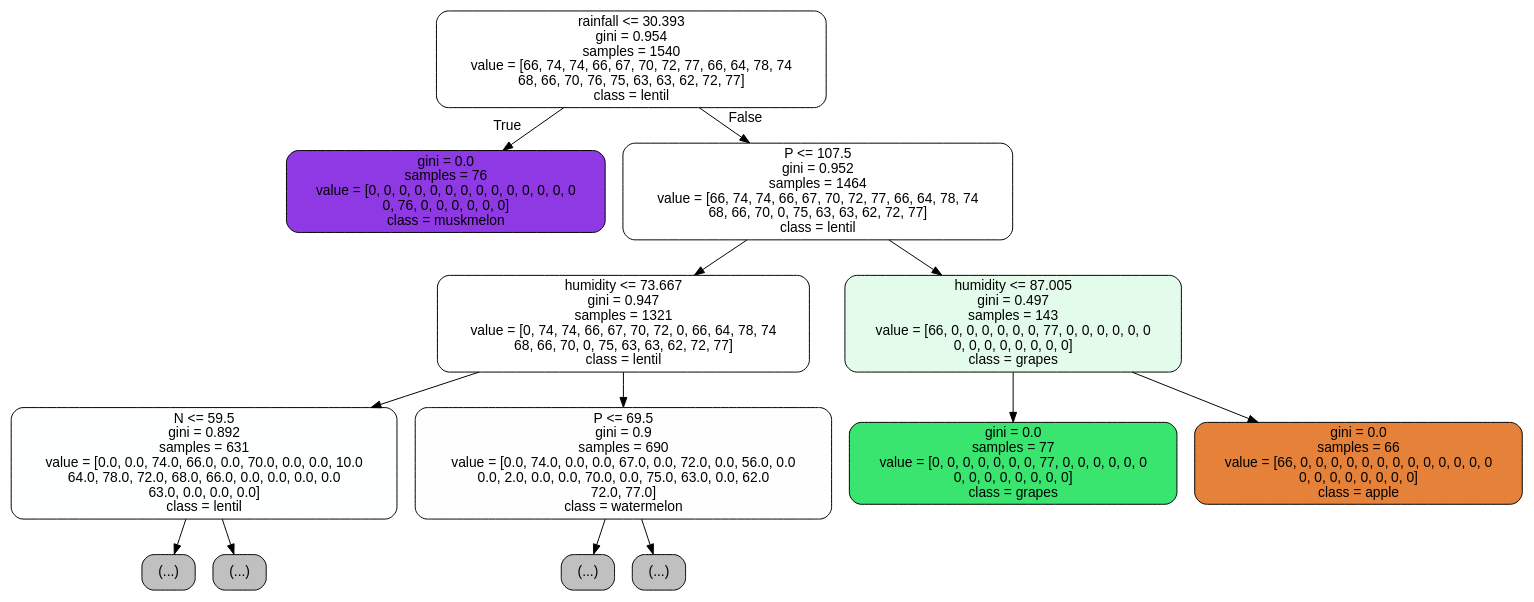
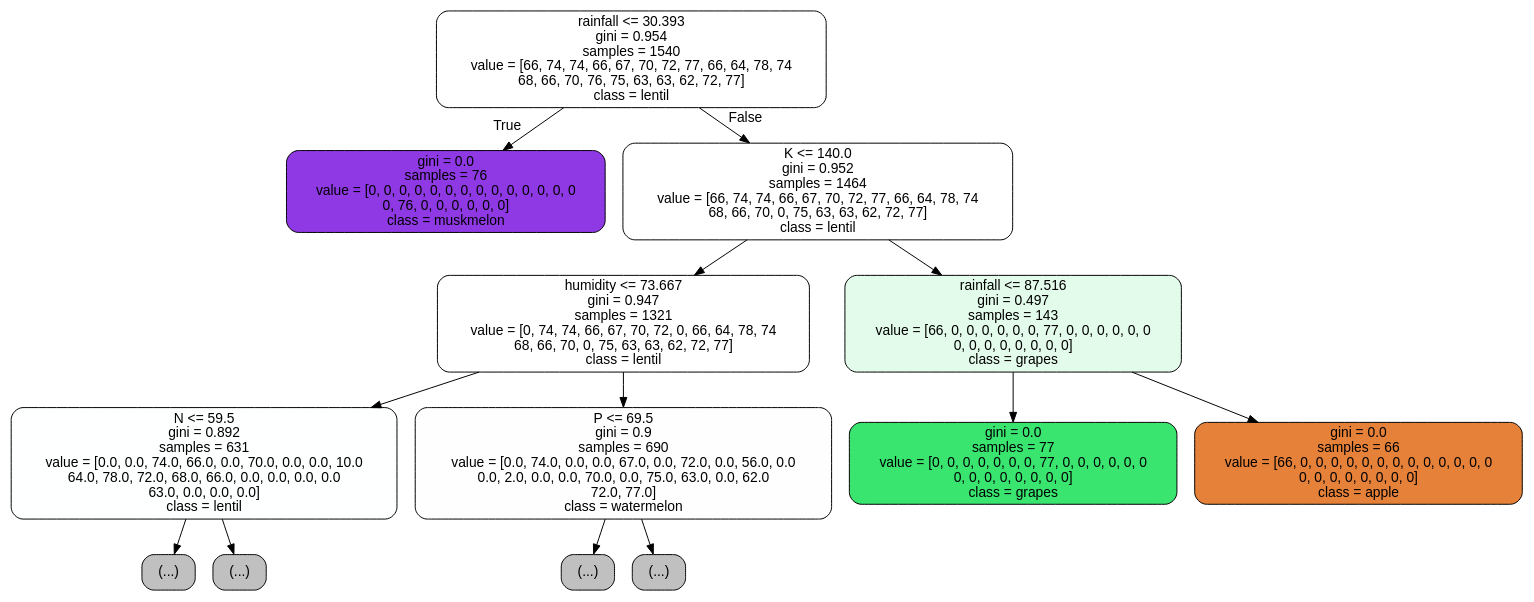
One commit to ashuthe1/Crop_Recommendation_System changed the diagram in precomputation/decision_tree.dot. Above: the diagram before and after it, drawn with Graphviz. The commit also changed 6 other files, not shown here.

```diff
--- a/precomputation/decision_tree.dot
+++ b/precomputation/decision_tree.dot
@@ -1,29 +1,29 @@
 digraph Tree {
 node [shape=box, style="filled, rounded", color="black", fontname="helvetica"] ;
 edge [fontname="helvetica"] ;
 0 [label="rainfall <= 30.393\ngini = 0.954\nsamples = 1540\nvalue = [66, 74, 74, 66, 67, 70, 72, 77, 66, 64, 78, 74\n68, 66, 70, 76, 75, 63, 63, 62, 72, 77]\nclass = lentil", fillcolor="#ffffff"] ;
 1 [label="gini = 0.0\nsamples = 76\nvalue = [0, 0, 0, 0, 0, 0, 0, 0, 0, 0, 0, 0, 0, 0\n0, 76, 0, 0, 0, 0, 0, 0]\nclass = muskmelon", fillcolor="#8f39e5"] ;
 0 -> 1 [labeldistance=2.5, labelangle=45, headlabel="True"] ;
-2 [label="P <= 107.5\ngini = 0.952\nsamples = 1464\nvalue = [66, 74, 74, 66, 67, 70, 72, 77, 66, 64, 78, 74\n68, 66, 70, 0, 75, 63, 63, 62, 72, 77]\nclass = lentil", fillcolor="#ffffff"] ;
+2 [label="K <= 140.0\ngini = 0.952\nsamples = 1464\nvalue = [66, 74, 74, 66, 67, 70, 72, 77, 66, 64, 78, 74\n68, 66, 70, 0, 75, 63, 63, 62, 72, 77]\nclass = lentil", fillcolor="#ffffff"] ;
 0 -> 2 [labeldistance=2.5, labelangle=-45, headlabel="False"] ;
 3 [label="humidity <= 73.667\ngini = 0.947\nsamples = 1321\nvalue = [0, 74, 74, 66, 67, 70, 72, 0, 66, 64, 78, 74\n68, 66, 70, 0, 75, 63, 63, 62, 72, 77]\nclass = lentil", fillcolor="#ffffff"] ;
 2 -> 3 ;
 4 [label="N <= 59.5\ngini = 0.892\nsamples = 631\nvalue = [0.0, 0.0, 74.0, 66.0, 0.0, 70.0, 0.0, 0.0, 10.0\n64.0, 78.0, 72.0, 68.0, 66.0, 0.0, 0.0, 0.0, 0.0\n63.0, 0.0, 0.0, 0.0]\nclass = lentil", fillcolor="#feffff"] ;
 3 -> 4 ;
 5 [label="(...)", fillcolor="#C0C0C0"] ;
 4 -> 5 ;
 28 [label="(...)", fillcolor="#C0C0C0"] ;
 4 -> 28 ;
 37 [label="P <= 69.5\ngini = 0.9\nsamples = 690\nvalue = [0.0, 74.0, 0.0, 0.0, 67.0, 0.0, 72.0, 0.0, 56.0, 0.0\n0.0, 2.0, 0.0, 0.0, 70.0, 0.0, 75.0, 63.0, 0.0, 62.0\n72.0, 77.0]\nclass = watermelon", fillcolor="#fffefe"] ;
 3 -> 37 ;
 38 [label="(...)", fillcolor="#C0C0C0"] ;
 37 -> 38 ;
 75 [label="(...)", fillcolor="#C0C0C0"] ;
 37 -> 75 ;
-78 [label="humidity <= 87.005\ngini = 0.497\nsamples = 143\nvalue = [66, 0, 0, 0, 0, 0, 0, 77, 0, 0, 0, 0, 0, 0\n0, 0, 0, 0, 0, 0, 0, 0]\nclass = grapes", fillcolor="#e3fbea"] ;
+78 [label="rainfall <= 87.516\ngini = 0.497\nsamples = 143\nvalue = [66, 0, 0, 0, 0, 0, 0, 77, 0, 0, 0, 0, 0, 0\n0, 0, 0, 0, 0, 0, 0, 0]\nclass = grapes", fillcolor="#e3fbea"] ;
 2 -> 78 ;
 79 [label="gini = 0.0\nsamples = 77\nvalue = [0, 0, 0, 0, 0, 0, 0, 77, 0, 0, 0, 0, 0, 0\n0, 0, 0, 0, 0, 0, 0, 0]\nclass = grapes", fillcolor="#39e56f"] ;
 78 -> 79 ;
 80 [label="gini = 0.0\nsamples = 66\nvalue = [66, 0, 0, 0, 0, 0, 0, 0, 0, 0, 0, 0, 0, 0\n0, 0, 0, 0, 0, 0, 0, 0]\nclass = apple", fillcolor="#e58139"] ;
 78 -> 80 ;
 }
```
